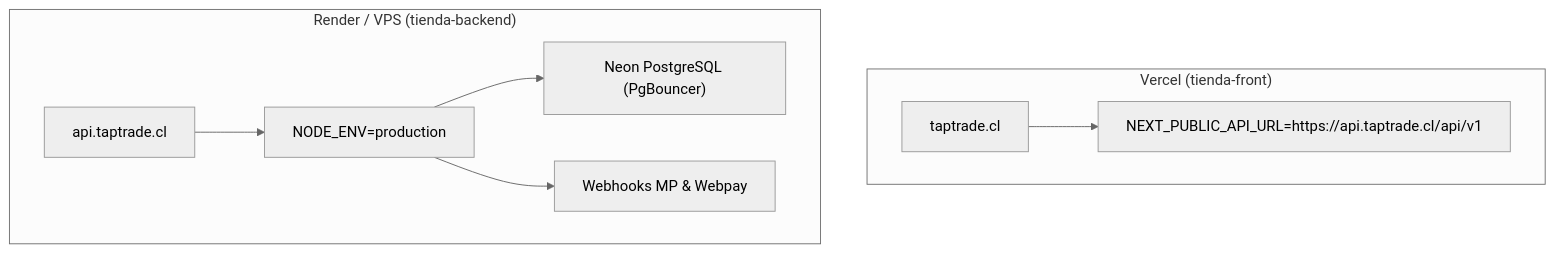
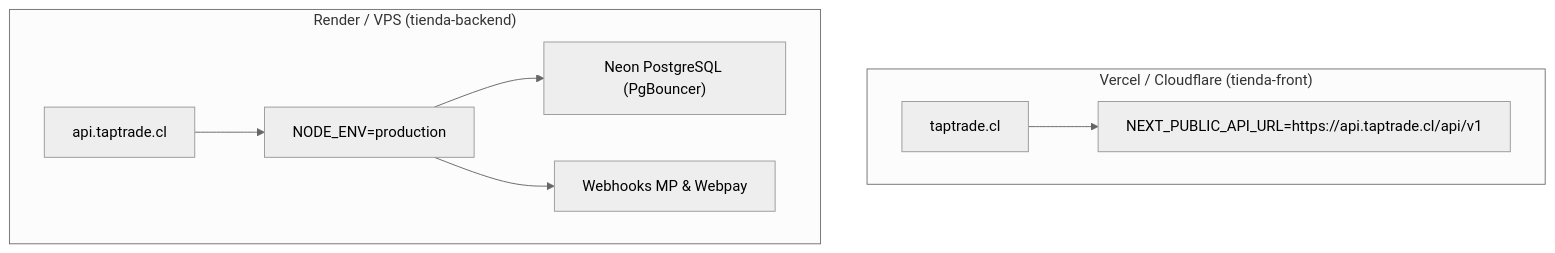
One commit to Felix-97-pixel/tienda-tcg changed the second of 2 diagrams in docs/master_launch_plan.md. Above: the diagram before and after it, drawn with Mermaid (neutral theme). The commit also changed other lines of this file, not shown here.

````diff
--- a/docs/master_launch_plan.md
+++ b/docs/master_launch_plan.md
@@ -76,11 +78,11 @@
 ```mermaid
 flowchart TD
-    subgraph Frontend["Vercel (tienda-front)"]
+    subgraph Frontend["Vercel / Cloudflare (tienda-front)"]
         F1["taptrade.cl"] --> F2["NEXT_PUBLIC_API_URL=https://api.taptrade.cl/api/v1"]
     end
     subgraph Backend["Render / VPS (tienda-backend)"]
         B1["api.taptrade.cl"] --> B2["NODE_ENV=production"]
         B2 --> B3["Neon PostgreSQL (PgBouncer)"]
         B2 --> B4["Webhooks MP & Webpay"]
     end
 ```
````
